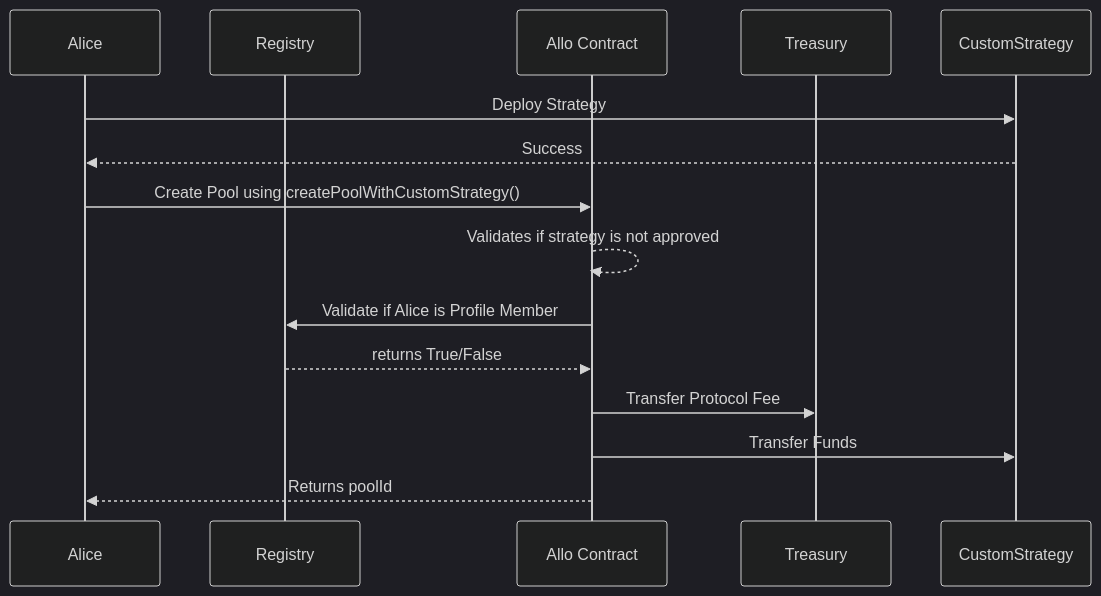
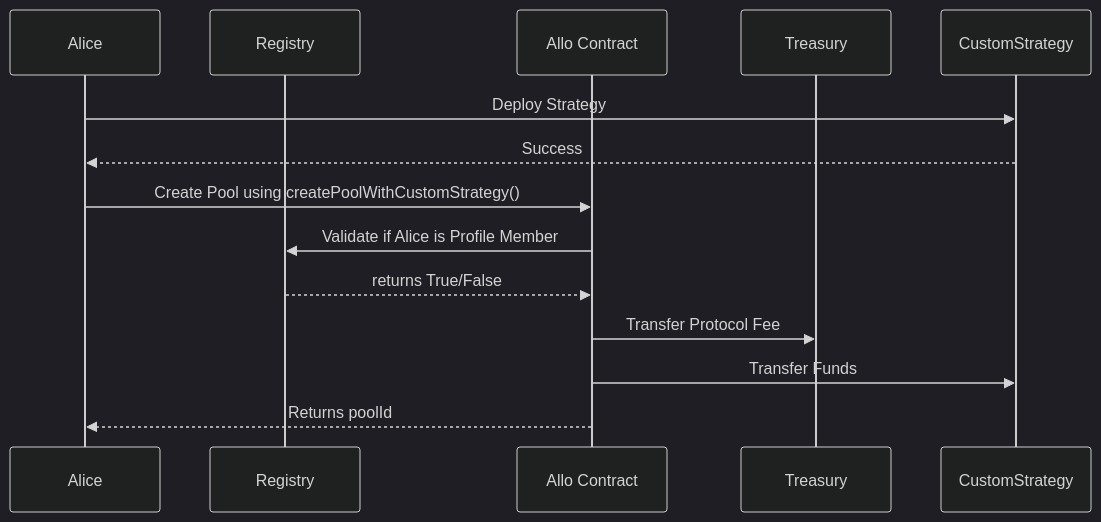
Before and after one commit to allo-protocol/allo-v2: the second of 8 diagrams in contracts/core/Allo.md, drawn with Mermaid (dark theme). The commit also changed other lines of this file and 14 other files, not shown here.

````diff
--- a/contracts/core/Allo.md
+++ b/contracts/core/Allo.md
@@ -70,18 +66,17 @@
 ```mermaid
 sequenceDiagram
     participant Alice as Alice
     participant Registry as Registry
     participant Allo as Allo Contract
     participant Treasury as Treasury
     participant CustomStrategy as CustomStrategy
 
     Alice->>CustomStrategy: Deploy Strategy
     CustomStrategy-->>Alice: Success
     Alice->>Allo: Create Pool using createPoolWithCustomStrategy()
-    Allo-->>Allo: Validates if strategy is not approved
     Allo->>Registry: Validate if Alice is Profile Member
     Registry-->>Allo: returns True/False
     Allo->>Treasury: Transfer Protocol Fee
     Allo->>CustomStrategy: Transfer Funds
     Allo-->>Alice: Returns poolId
 ```
````
